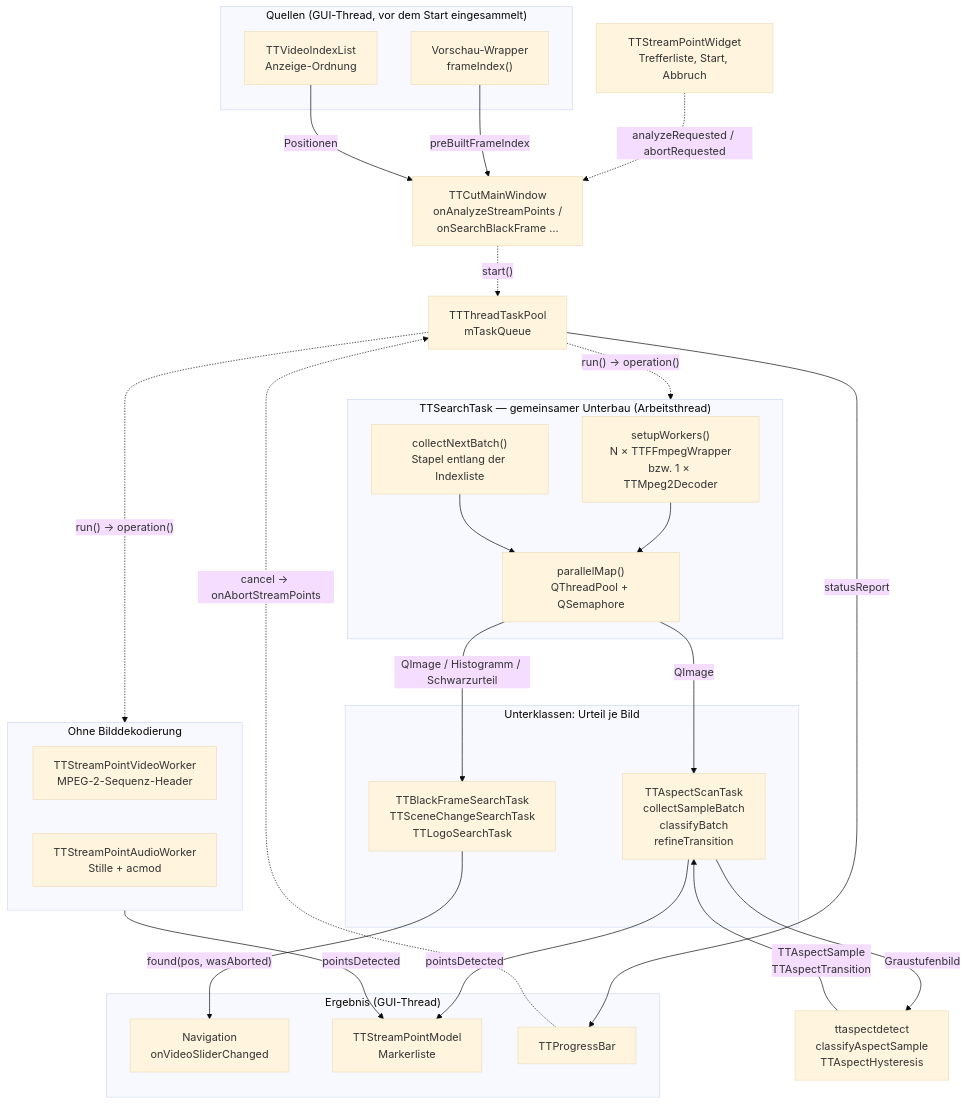
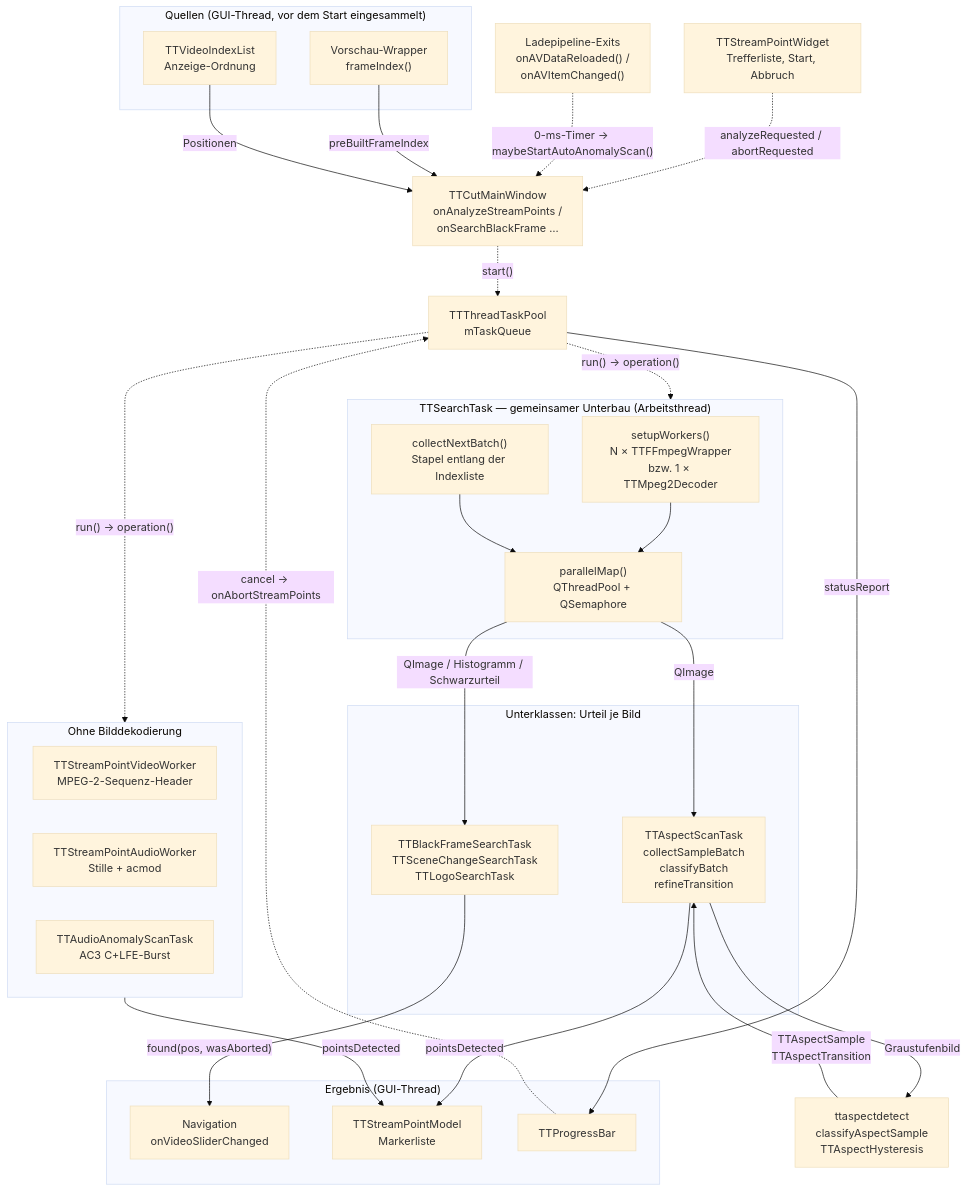
Before and after one commit to MINIXJR/TTCut-ng: the diagram in docs/code-map/detection-and-search.md, drawn with Mermaid (base theme). The commit also changed other lines of this file and 14 other files, not shown here.

````diff
--- a/docs/code-map/detection-and-search.md
+++ b/docs/code-map/detection-and-search.md
@@ -83,55 +99,58 @@
 ```mermaid
 flowchart TB
     subgraph SRC["Quellen (GUI-Thread, vor dem Start eingesammelt)"]
         PREV["Vorschau-Wrapper<br/>frameIndex()"]
         IDX["TTVideoIndexList<br/>Anzeige-Ordnung"]
     end
 
+    LOADEXIT["Ladepipeline-Exits<br/>onAVDataReloaded() /<br/>onAVItemChanged()"]
     MW["TTCutMainWindow<br/>onAnalyzeStreamPoints /<br/>onSearchBlackFrame …"]
     WIDGET["TTStreamPointWidget<br/>Trefferliste, Start, Abbruch"]
     POOLQ["TTThreadTaskPool<br/>mTaskQueue"]
 
     subgraph BASE["TTSearchTask — gemeinsamer Unterbau (Arbeitsthread)"]
         SETUP["setupWorkers()<br/>N × TTFFmpegWrapper<br/>bzw. 1 × TTMpeg2Decoder"]
         BATCH["collectNextBatch()<br/>Stapel entlang der Indexliste"]
         PMAP["parallelMap()<br/>QThreadPool + QSemaphore"]
     end
 
     subgraph TASKS["Unterklassen: Urteil je Bild"]
         DIRT["TTBlackFrameSearchTask<br/>TTSceneChangeSearchTask<br/>TTLogoSearchTask"]
         ASPECT["TTAspectScanTask<br/>collectSampleBatch<br/>classifyBatch<br/>refineTransition"]
     end
 
     PURE["ttaspectdetect<br/>classifyAspectSample<br/>TTAspectHysteresis"]
 
     subgraph NODEC["Ohne Bilddekodierung"]
         VWORK["TTStreamPointVideoWorker<br/>MPEG-2-Sequenz-Header"]
         AWORK["TTStreamPointAudioWorker<br/>Stille + acmod"]
+        ANOMALY["TTAudioAnomalyScanTask<br/>AC3 C+LFE-Burst"]
     end
 
     subgraph OUT["Ergebnis (GUI-Thread)"]
         NAV["Navigation<br/>onVideoSliderChanged"]
         MODEL["TTStreamPointModel<br/>Markerliste"]
         BAR["TTProgressBar"]
     end
 
     WIDGET -. "analyzeRequested / abortRequested" .-> MW
+    LOADEXIT -. "0-ms-Timer → maybeStartAutoAnomalyScan()" .-> MW
     PREV -- "preBuiltFrameIndex" --> MW
     IDX -- "Positionen" --> MW
     MW -. "start()" .-> POOLQ
     POOLQ -. "run() → operation()" .-> BASE
     POOLQ -. "run() → operation()" .-> NODEC
 
     SETUP --> PMAP
     BATCH --> PMAP
     PMAP -- "QImage / Histogramm / Schwarzurteil" --> DIRT
     PMAP -- "QImage" --> ASPECT
     ASPECT -- "Graustufenbild" --> PURE
     PURE -- "TTAspectSample<br/>TTAspectTransition" --> ASPECT
 
     DIRT -- "found(pos, wasAborted)" --> NAV
     ASPECT -- "pointsDetected" --> MODEL
     NODEC -- "pointsDetected" --> MODEL
     POOLQ -- "statusReport" --> BAR
     BAR -. "cancel → onAbortStreamPoints" .-> POOLQ
 ```
````
